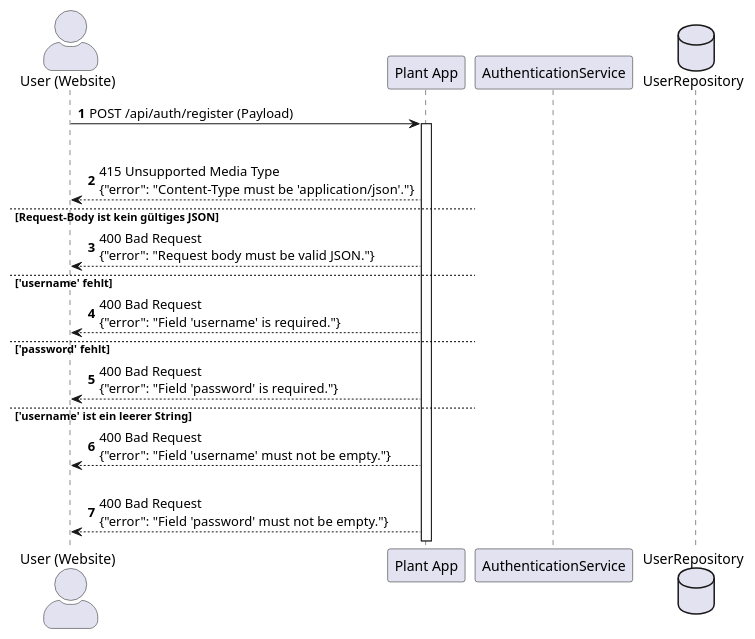
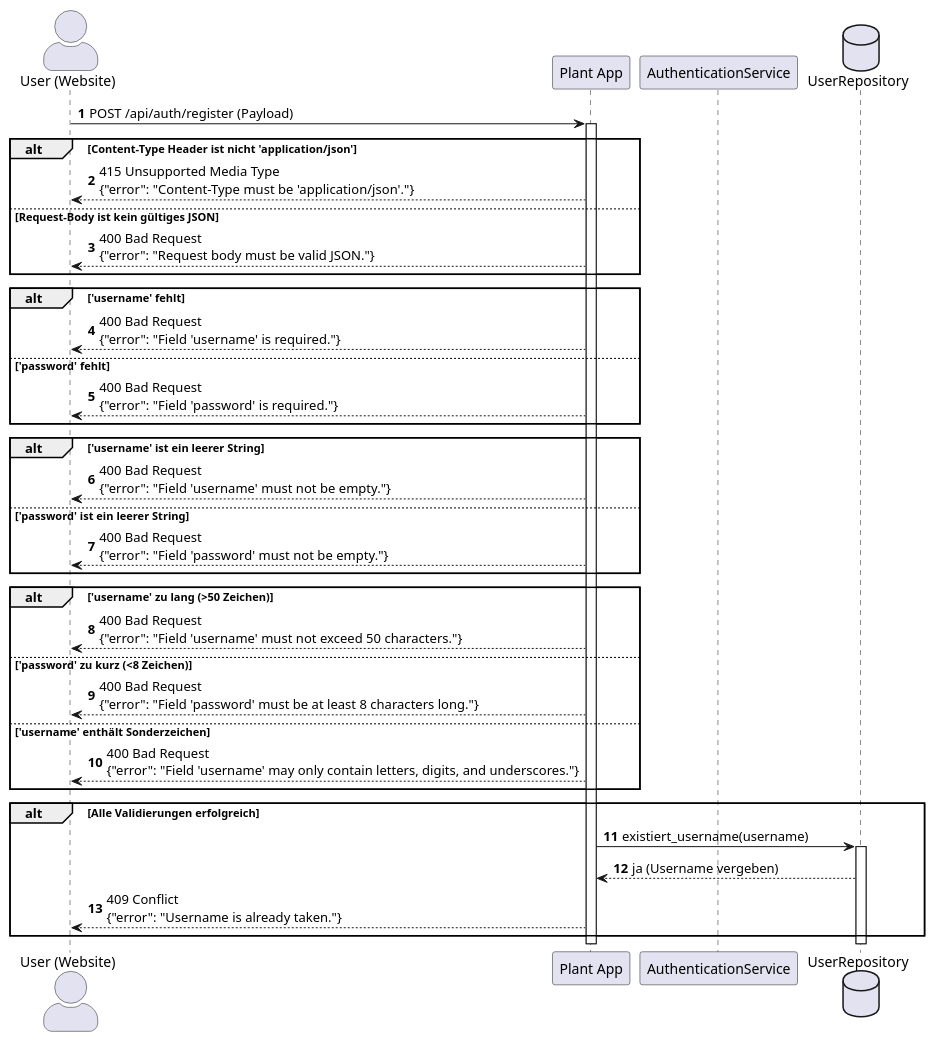
One commit to Annika-Ostendorp/pflanzenkalender-teil-2 changed the diagram in diagrams/user_registration.puml. Above: the diagram before and after it, drawn with PlantUML.

Commit message:
Add error cases in diagram for invalid fields and taken username case and improve sequence diagram layout

```diff
--- a/diagrams/user_registration.puml
+++ b/diagrams/user_registration.puml
@@ -1,34 +1,58 @@
 @startuml user_registration
 skinparam actorStyle awesome
 
 autonumber
+
 actor "User (Website)" as User
 participant "Plant App" as App
 participant "AuthenticationService" as Service
 database "UserRepository" as Repo
 
 'Daten werden per POST an Server (App) geschickt & verarbeitet'
 User -> App : POST /api/auth/register (Payload)
 activate App
 
 'Strukturelle Error Cases'
 alt Content-Type Header ist nicht 'application/json'
     App --> User : 415 Unsupported Media Type\n{"error": "Content-Type must be 'application/json'."}
 
 else Request-Body ist kein gültiges JSON
     App --> User : 400 Bad Request\n{"error": "Request body must be valid JSON."}
+end
 
 'Fehlende Felder'
-else 'username' fehlt
+alt 'username' fehlt
     App --> User : 400 Bad Request\n{"error": "Field 'username' is required."}
 
 else 'password' fehlt
     App --> User : 400 Bad Request\n{"error": "Field 'password' is required."}
+end
 
 'Ungültige Felder (leer)'
-else 'username' ist ein leerer String
+alt 'username' ist ein leerer String
     App --> User : 400 Bad Request\n{"error": "Field 'username' must not be empty."}
 
 else 'password' ist ein leerer String
     App --> User : 400 Bad Request\n{"error": "Field 'password' must not be empty."}
+end
+
+'Inkorrekte Felder (Zeichenlänge unter-/überschritten & Sonderzeichen)'
+alt 'username' zu lang (>50 Zeichen)
+    App --> User : 400 Bad Request\n{"error": "Field 'username' must not exceed 50 characters."}
+
+else 'password' zu kurz (<8 Zeichen)
+    App --> User : 400 Bad Request\n{"error": "Field 'password' must be at least 8 characters long."}
+
+else 'username' enthält Sonderzeichen
+    App --> User : 400 Bad Request\n{"error": "Field 'username' may only contain letters, digits, and underscores."}
+end
+
+'Wenn alle Validierungen erfolgreich sind --> weiter zu Repo
+alt Alle Validierungen erfolgreich
+    'App stellt Anfrage an Repo, ob Username bereits existiert'
+    App -> Repo : existiert_username(username)
+    activate Repo
+    Repo --> App : ja (Username vergeben)
+    App --> User : 409 Conflict\n{"error": "Username is already taken."}
+end
 @enduml
```
